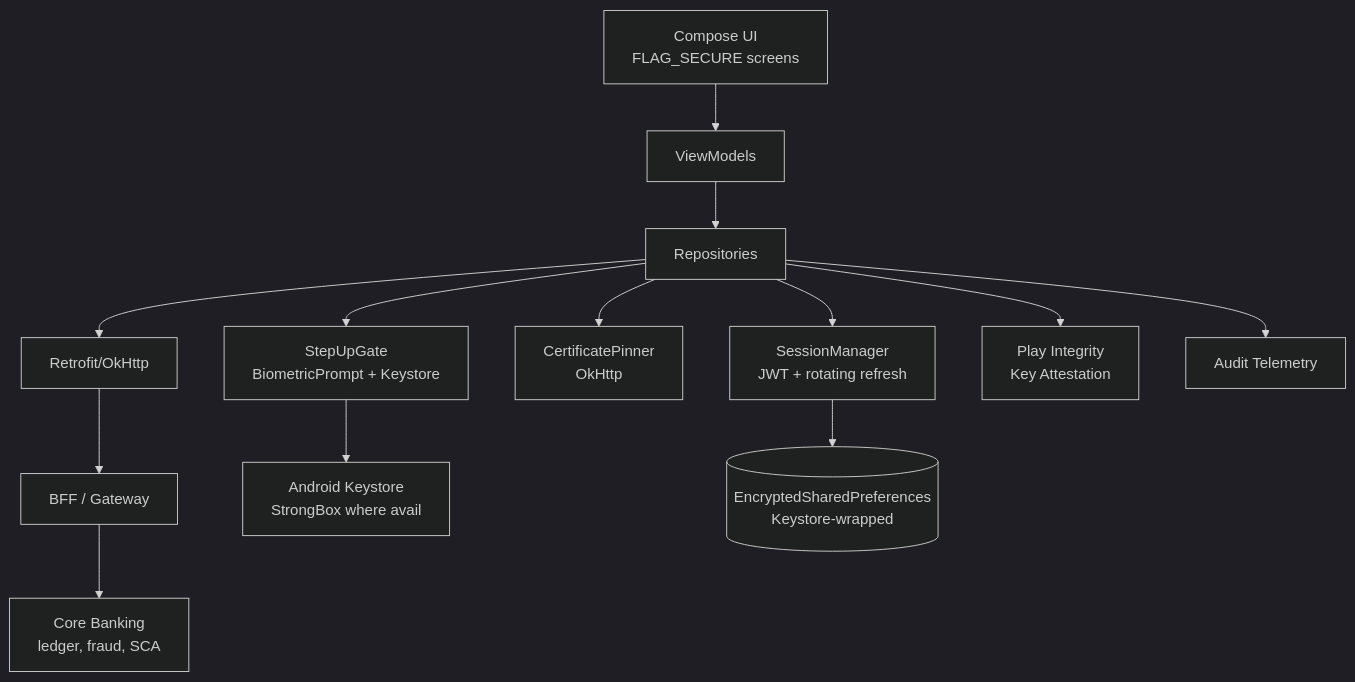
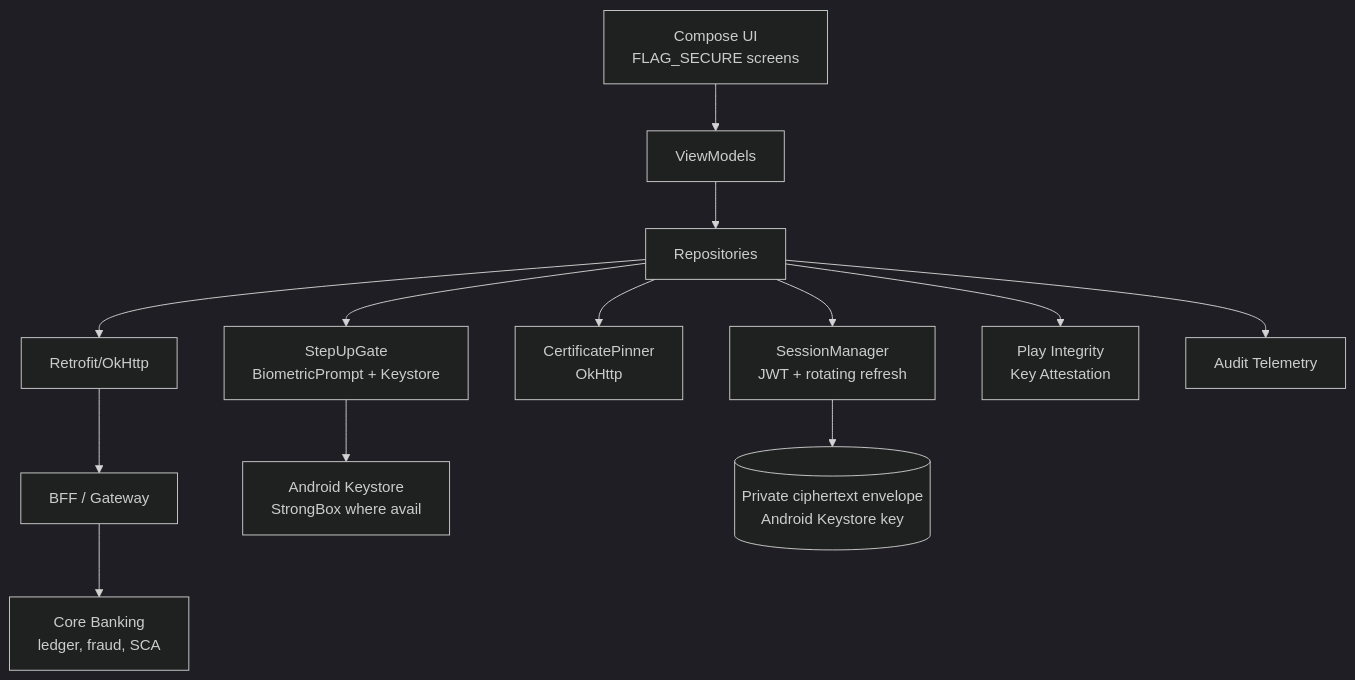
One commit to swarnsingh/android-staff-engineer-playbook-website changed the first of 3 diagrams in reference-architectures/banking-app.md. Above: the diagram before and after it, drawn with Mermaid (dark theme). The commit also changed other lines of this file and 96 other files, not shown here.

````diff
--- a/reference-architectures/banking-app.md
+++ b/reference-architectures/banking-app.md
@@ -32,15 +32,15 @@
 ```mermaid
 flowchart TB
     UI["Compose UI<br/>FLAG_SECURE screens"] --> VM[ViewModels]
     VM --> Repo[Repositories]
     Repo --> SessionMgr["SessionManager<br/>JWT + rotating refresh"]
     Repo --> BiometricGate["StepUpGate<br/>BiometricPrompt + Keystore"]
     Repo --> CertPinner["CertificatePinner<br/>OkHttp"]
     Repo --> Api[Retrofit/OkHttp]
     Api --> BFF[BFF / Gateway]
     BFF --> Core["Core Banking<br/>ledger, fraud, SCA"]
     BiometricGate --> Keystore["Android Keystore<br/>StrongBox where avail"]
-    SessionMgr --> EncStore[(EncryptedSharedPreferences<br/>Keystore-wrapped)]
+    SessionMgr --> EncStore[(Private ciphertext envelope<br/>Android Keystore key)]
     Repo --> Attest["Play Integrity<br/>Key Attestation"]
     Repo --> Telemetry[Audit Telemetry]
 ```
````
